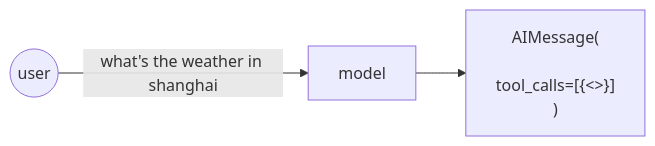
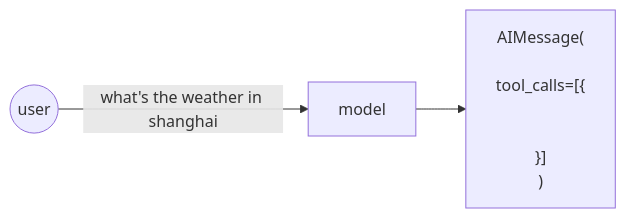
One commit to ka1fe1/iodraw-files changed the diagram in all/未命名-28.md. Above: the diagram before and after it, drawn with Mermaid.

Commit message:
2024-10-22 17:44:52 update

````diff
--- a/all/未命名-28.md
+++ b/all/未命名-28.md
@@ -1,10 +1,12 @@
 ```mermaid
 flowchart LR
     s1((user))
     s2["model"]
     s3["AIMessage(<br>
-        tool_calls=[{<>}]
+        tool_calls=[{<br>
+        
+        }]
     )"]
 
     s1 -->|what's the weather in shanghai| s2 --> s3
 ```
````
